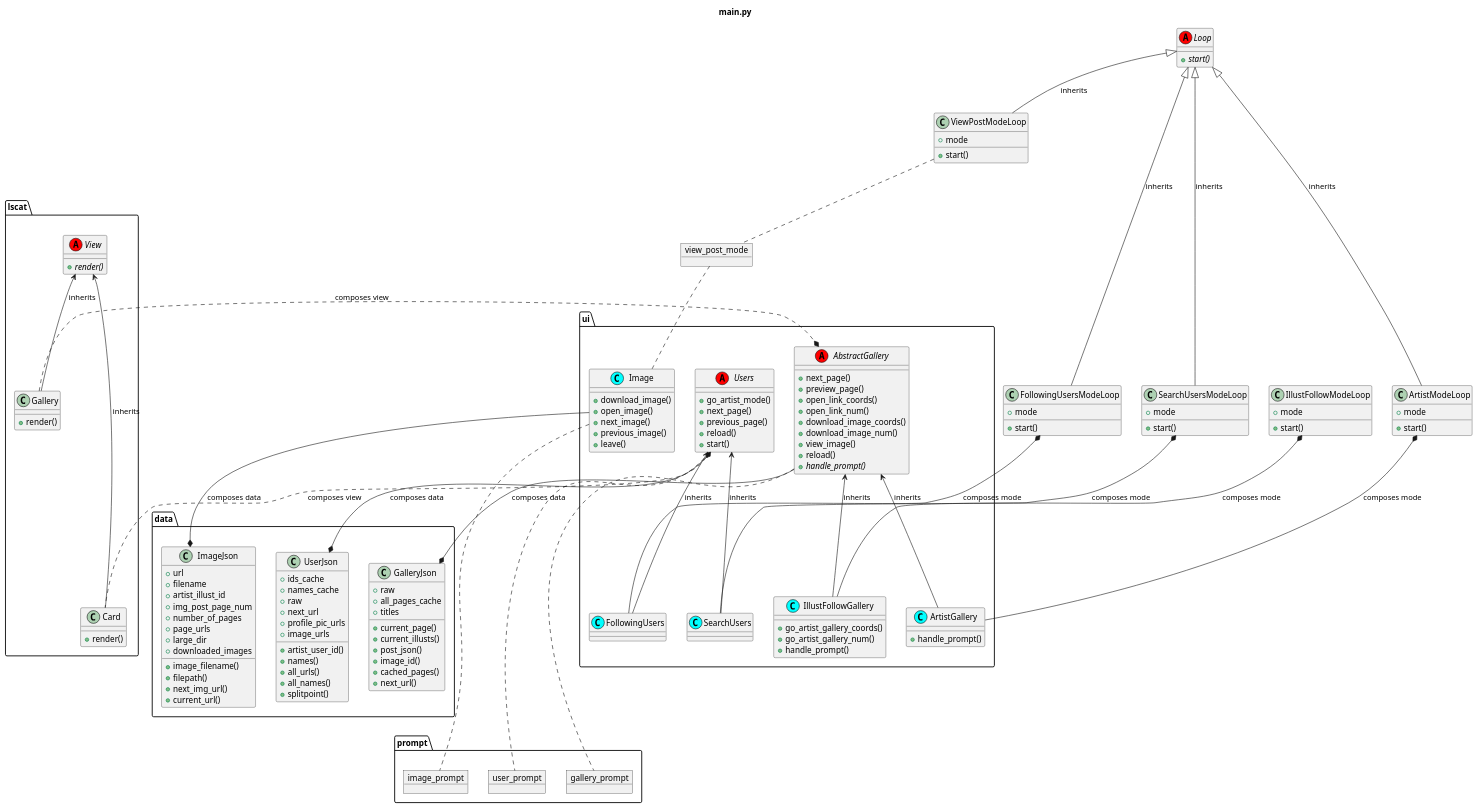
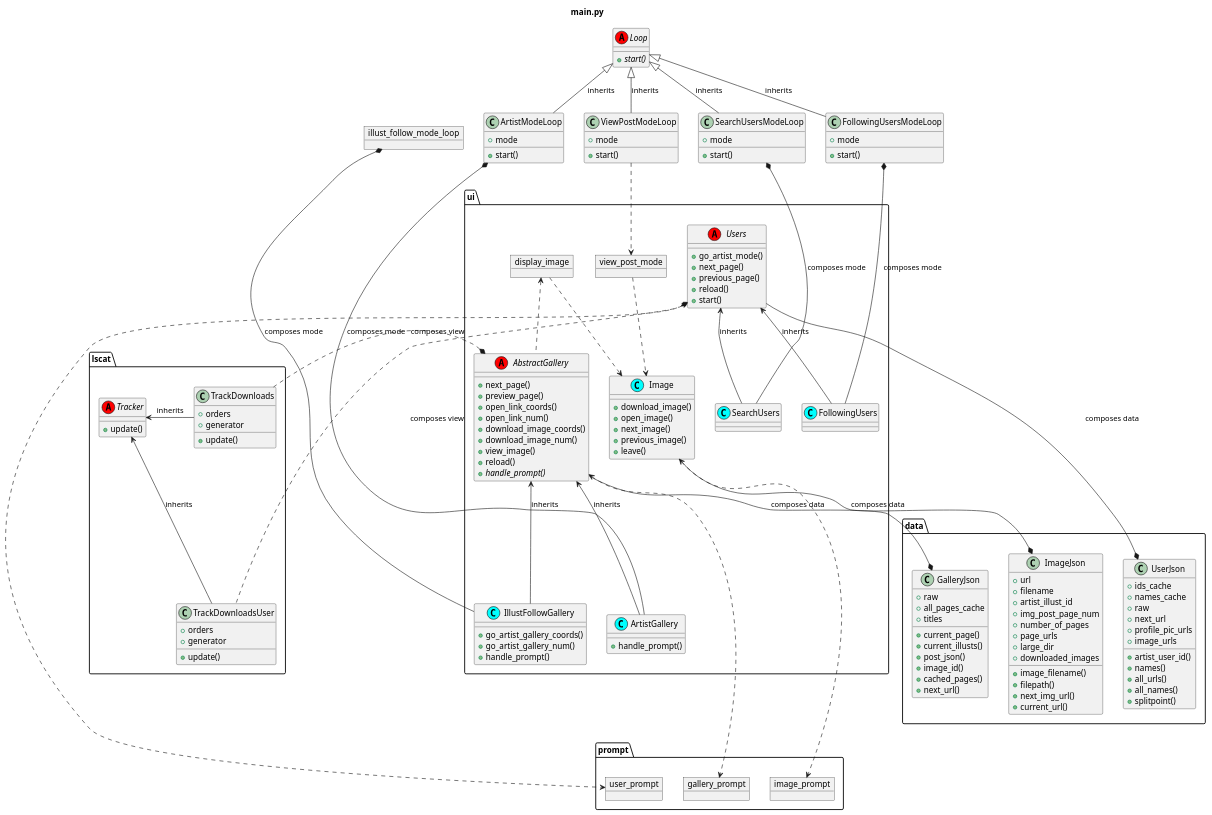
Before and after one commit to akazukin5151/koneko: the diagram in puml/classes.puml, drawn with PlantUML.

Commit message:
Updated classes

```diff
--- a/puml/classes.puml
+++ b/puml/classes.puml
@@ -1,168 +1,180 @@
 @startuml
 
 title main.py
 
 abstract class Loop <<(A, red)>>{
   +{abstract}start()
 }
 
 class ArtistModeLoop {
     + mode
     +start()
 }
-class IllustFollowModeLoop {
-    + mode
-    +start()
-}
+object illust_follow_mode_loop
+
 Loop <|-down- ArtistModeLoop: inherits
-Loop <|-down[hidden]- IllustFollowModeLoop: inherits
+Loop <|-down[hidden]- illust_follow_mode_loop: inherits
+illust_follow_mode_loop -right[hidden]-> ViewPostModeLoop
+illust_follow_mode_loop -right[hidden]-> ArtistModeLoop
+ViewPostModeLoop -left[hidden]-> ArtistModeLoop
+ViewPostModeLoop -right[hidden]-> SearchUsersModeLoop
+ViewPostModeLoop -right[hidden]-> FollowingUsersModeLoop
 
 abstract class ui.AbstractGallery <<(A, red)>>{
     +next_page()
     +preview_page()
     +open_link_coords()
     +open_link_num()
     +download_image_coords()
     +download_image_num()
     +view_image()
     +reload()
     +{abstract}handle_prompt()
 }
 
 class ui.ArtistGallery <<(C, cyan)>>{
     +handle_prompt()
 }
 class ui.IllustFollowGallery <<(C, cyan)>>{
     +go_artist_gallery_coords()
     +go_artist_gallery_num()
     +handle_prompt()
 }
 ArtistModeLoop*-down- ui.ArtistGallery: composes mode
 
-IllustFollowModeLoop*-down- ui.IllustFollowGallery: composes mode
+illust_follow_mode_loop*-down- ui.IllustFollowGallery: composes mode
 
 ui.AbstractGallery <-down- ui.IllustFollowGallery: inherits
 
 ui.AbstractGallery <-down- ui.ArtistGallery: inherits
 
-ui.ArtistGallery -right[hidden]-> ui.IllustFollowGallery
+ui.IllustFollowGallery -right[hidden]-> ui.ArtistGallery
 
 class ViewPostModeLoop {
     + mode
     +start()
 }
-object view_post_mode
+package ui {
+    object view_post_mode
+    object display_image
+}
 class ui.Image <<(C, cyan)>>{
     + download_image()
     + open_image()
     + next_image()
     + previous_image()
     + leave()
 }
 
 Loop <|-down- ViewPostModeLoop: inherits
-ViewPostModeLoop .. view_post_mode
-view_post_mode .. ui.Image
+ViewPostModeLoop ..> view_post_mode
+view_post_mode ..> ui.Image
+display_image ..> ui.Image
+display_image <.. ui.AbstractGallery
 
 
 class FollowingUsersModeLoop {
     + mode
     +start()
 }
 class SearchUsersModeLoop {
     + mode
     +start()
 }
 Loop <|-down- FollowingUsersModeLoop: inherits
 Loop <|-down- SearchUsersModeLoop: inherits
 
 class ui.FollowingUsers <<(C, cyan)>>
 class ui.SearchUsers <<(C, cyan)>>
 abstract class ui.Users <<(A, red)>>{
     +go_artist_mode()
     +next_page()
     +previous_page()
     +reload()
     +start()
 }
 ui.Users <-down- ui.FollowingUsers: inherits
 ui.Users <-down- ui.SearchUsers: inherits
 FollowingUsersModeLoop*-down- ui.FollowingUsers: composes mode
 SearchUsersModeLoop*-down- ui.SearchUsers: composes mode
 
 
-abstract class lscat.View <<(A, red)>>{
-    +{abstract}render()
+abstract class lscat.Tracker <<(A, red)>>{
+    +update()
 }
-class lscat.Card {
-    +render()
+class lscat.TrackDownloads {
+    +update()
+    + orders
+    + generator
 }
-class lscat.Gallery {
-    +render()
+class lscat.TrackDownloadsUser {
+    +update()
+    + orders
+    + generator
 }
 
-lscat.View <-right- lscat.Card: inherits
-lscat.View <-down- lscat.Gallery: inherits
+lscat.Tracker <- lscat.TrackDownloadsUser: inherits
+lscat.Tracker <- lscat.TrackDownloads: inherits
 
-ui.Users*.down. lscat.Card: composes view
-ui.AbstractGallery*.up lscat.Gallery: composes view
+ui.Users*.down. lscat.TrackDownloadsUser: composes view
+ui.AbstractGallery*.up lscat.TrackDownloads: composes view
 
-lscat.Card -up[hidden]-> lscat.Gallery
-lscat.Card --up[hidden]-> ui.AbstractGallery
+lscat.TrackDownloadsUser -up[hidden]-> lscat.TrackDownloads
+lscat.TrackDownloadsUser --up[hidden]-> ui.AbstractGallery
 
 package prompt {
     object user_prompt
-    ui.Users .. user_prompt
+    ui.Users <..> user_prompt
 
     object gallery_prompt
-    ui.AbstractGallery .down. gallery_prompt
+    ui.AbstractGallery <.down.> gallery_prompt
 
     object image_prompt
-    ui.Image .down..image_prompt
+    ui.Image <.down..> image_prompt
 }
 
 
 class data.GalleryJson {
     + raw
     + all_pages_cache
     + titles
     +current_page()
     +current_illusts()
     +post_json()
     +image_id()
     +cached_pages()
     +next_url()
 }
 class data.ImageJson {
     + url
     + filename
     + artist_illust_id
     + img_post_page_num
     + number_of_pages
     + page_urls
     + large_dir
     + downloaded_images
     +image_filename()
     +filepath()
     +next_img_url()
     +current_url()
 }
 class data.UserJson {
     + ids_cache
     + names_cache
     + raw
     + next_url
     + profile_pic_urls
     + image_urls
     +artist_user_id()
     +names()
     +all_urls()
     +all_names()
     +splitpoint()
 }
 
 data.GalleryJson *-up- ui.AbstractGallery: composes data
 data.ImageJson *-up- ui.Image: composes data
 data.UserJson *-up- ui.Users: composes data
 
 @enduml
```
